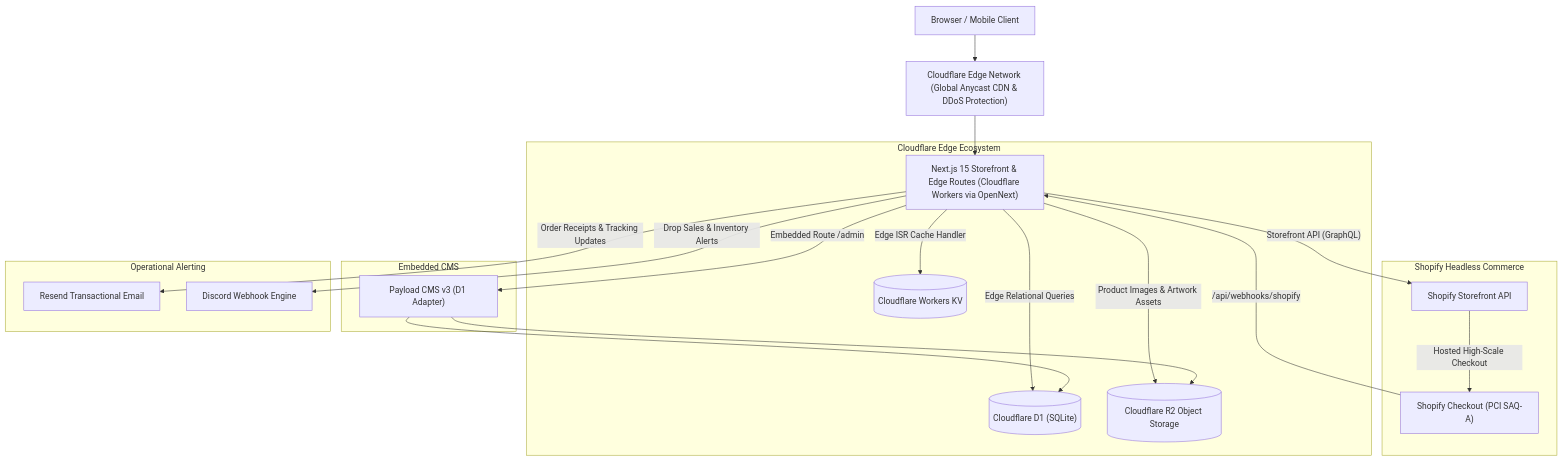
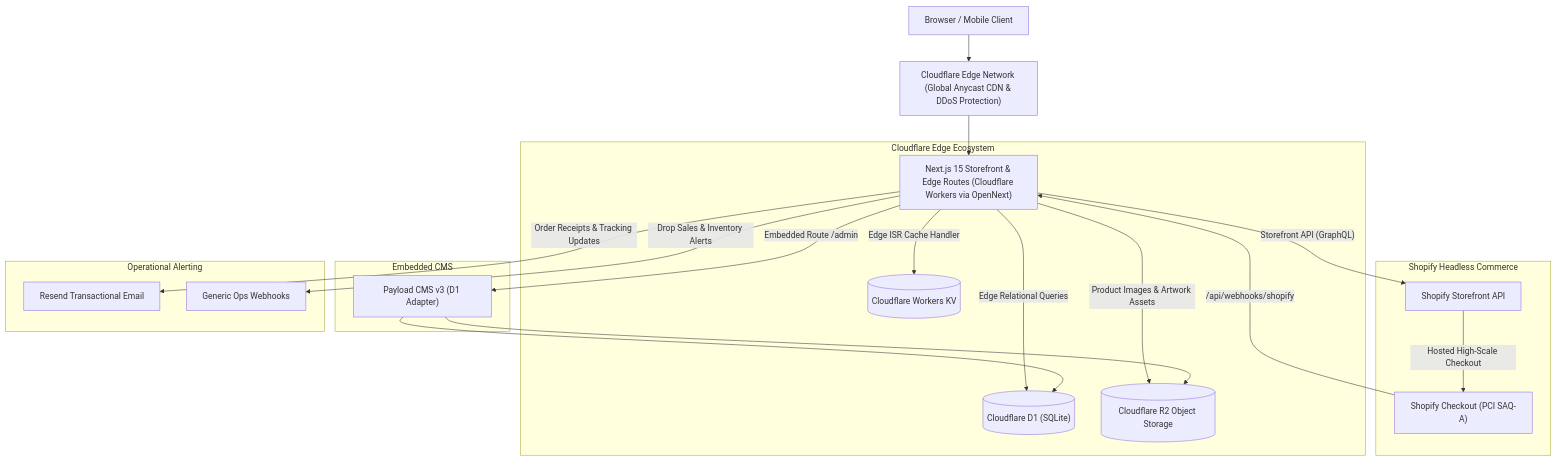
The diagram in README.md (jacobmiller22/chrishop), drawn with Mermaid before and after one commit. The commit also changed other lines of this file and 52 other files, not shown here.

````diff
--- a/README.md
+++ b/README.md
@@ -32,28 +32,28 @@
 ```mermaid
 graph TD
     Client["Browser / Mobile Client"] --> CF["Cloudflare Edge Network (Global Anycast CDN & DDoS Protection)"]
     CF --> Workers["Next.js 15 Storefront & Edge Routes (Cloudflare Workers via OpenNext)"]
     
     subgraph Edge Services ["Cloudflare Edge Ecosystem"]
         Workers -->|"Edge Relational Queries"| D1[("Cloudflare D1 (SQLite)")]
         Workers -->|"Edge ISR Cache Handler"| KV[("Cloudflare Workers KV")]
         Workers -->|"Product Images & Artwork Assets"| R2[("Cloudflare R2 Object Storage")]
     end
 
     subgraph Content Management ["Embedded CMS"]
         Workers -->|"Embedded Route /admin"| Payload["Payload CMS v3 (D1 Adapter)"]
         Payload --> D1
         Payload --> R2
     end
 
     subgraph Commerce & Fulfillment ["Shopify Headless Commerce"]
         Workers -->|"Storefront API (GraphQL)"| Shopify["Shopify Storefront API"]
         Shopify -->|"Hosted High-Scale Checkout"| ShopifyCheckout["Shopify Checkout (PCI SAQ-A)"]
         ShopifyCheckout -->|"/api/webhooks/shopify"| Workers
     end
 
     subgraph Notifications & Ops ["Operational Alerting"]
         Workers -->|"Order Receipts & Tracking Updates"| Resend["Resend Transactional Email"]
-        Workers -->|"Drop Sales & Inventory Alerts"| Discord["Discord Webhook Engine"]
+        Workers -->|"Drop Sales & Inventory Alerts"| OpsWebhooks["Generic Ops Webhooks"]
     end
 ```
````
